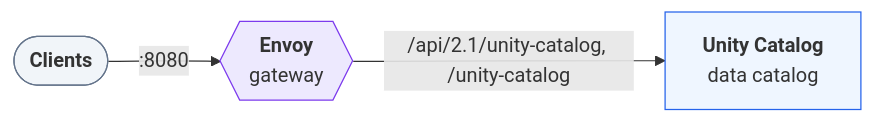
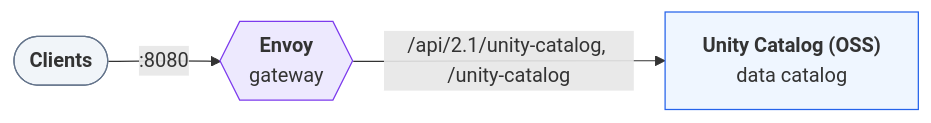
The diagram in crates/stack-topology/tests/fixtures/plan/docs-uc-default/rendered/README.md (open-lakehouse/trestle), drawn with Mermaid before and after one commit. The commit also changed 138 other files, not shown here.

````diff
--- a/crates/stack-topology/tests/fixtures/plan/docs-uc-default/rendered/README.md
+++ b/crates/stack-topology/tests/fixtures/plan/docs-uc-default/rendered/README.md
@@ -9,12 +9,12 @@
 ```mermaid
 flowchart LR
     n0(["<b>Clients</b>"]):::clients
     n1{{"<b>Envoy</b><br/>gateway"}}:::gateway
-    n2["<b>Unity Catalog</b><br/>data catalog"]:::component
+    n2["<b>Unity Catalog (OSS)</b><br/>data catalog"]:::component
     n0 -->|":8080"| n1
     n1 -->|"/api/2.1/unity-catalog, /unity-catalog"| n2
     classDef clients fill:#f1f5f9,stroke:#64748b
     classDef gateway fill:#ede9fe,stroke:#7c3aed
     classDef component fill:#eff6ff,stroke:#2563eb
     classDef external fill:#fafafa,stroke:#737373,stroke-dasharray: 4 3
 ```
````
